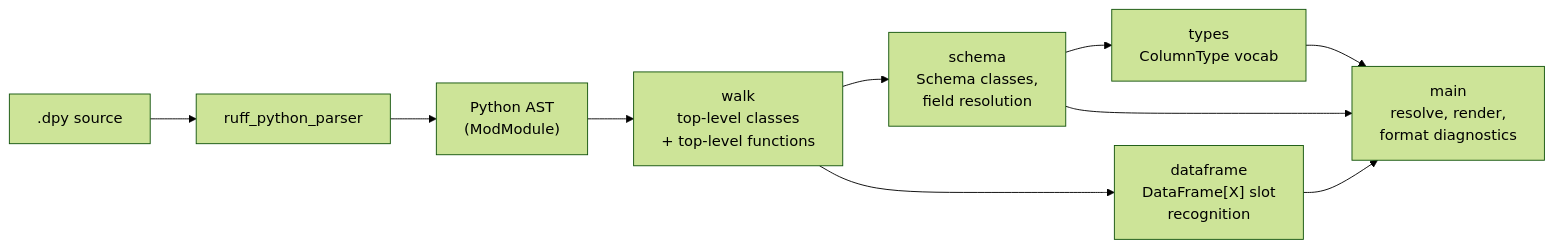
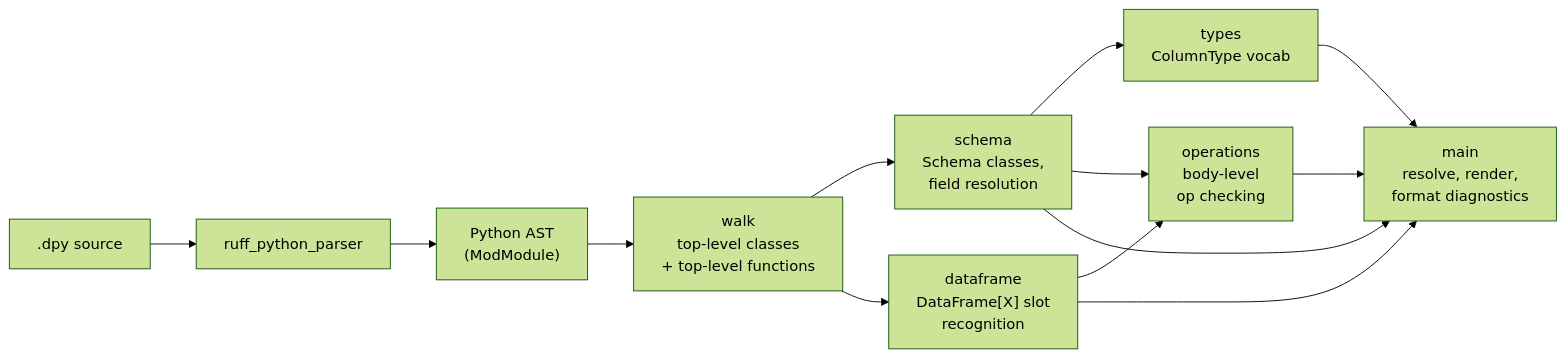
One commit to amirnaderi93/pykrete changed the diagram in docs/design/architecture.md. Above: the diagram before and after it, drawn with Mermaid (forest theme). The commit also changed other lines of this file and 4 other files, not shown here.

````diff
--- a/docs/design/architecture.md
+++ b/docs/design/architecture.md
@@ -7,12 +7,15 @@
 ```mermaid
 flowchart LR
     A[".dpy source"] --> B["ruff_python_parser"]
     B --> C["Python AST<br/>(ModModule)"]
     C --> W["walk<br/>top-level classes<br/>+ top-level functions"]
     W --> S["schema<br/>Schema classes,<br/>field resolution"]
     W --> D["dataframe<br/>DataFrame[X] slot<br/>recognition"]
     S --> T["types<br/>ColumnType vocab"]
+    D --> O["operations<br/>body-level<br/>op checking"]
+    S --> O
     S --> M["main<br/>resolve, render,<br/>format diagnostics"]
     D --> M
     T --> M
+    O --> M
 ```
````
